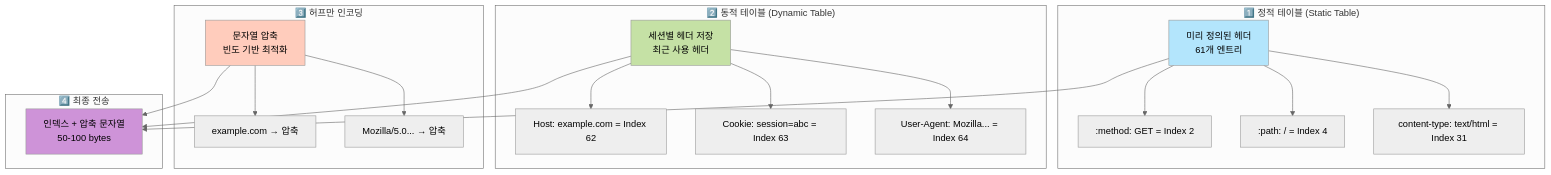
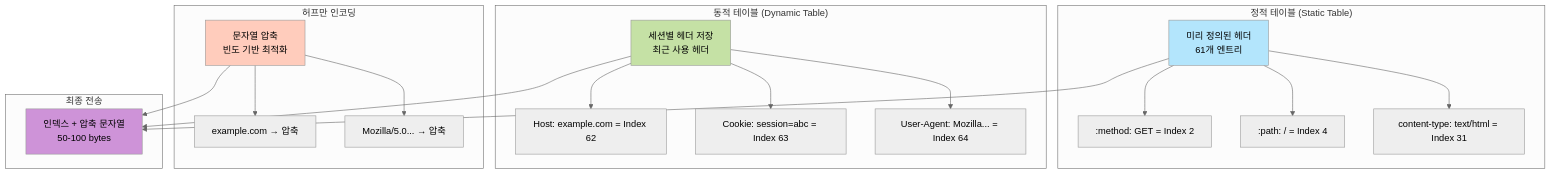
One commit to GYUTORY/YGSTUDY changed the third of 5 diagrams in Develop/Network/7 Layer/Application Layer/Http/Http와 Http 2.0.md. Above: the diagram before and after it, drawn with Mermaid (neutral theme). The commit also changed other lines of this file, not shown here.

````diff
--- a/Develop/Network/7 Layer/Application Layer/Http/Http와 Http 2.0.md
+++ b/Develop/Network/7 Layer/Application Layer/Http/Http와 Http 2.0.md
@@ -469,46 +336,46 @@
 ```mermaid
 graph TB
-    subgraph "1️⃣ 정적 테이블 (Static Table)"
+    subgraph "정적 테이블 (Static Table)"
         ST[미리 정의된 헤더<br/>61개 엔트리]
         ST1[":method: GET = Index 2"]
         ST2[":path: / = Index 4"]
         ST3["content-type: text/html = Index 31"]
         
         ST --> ST1
         ST --> ST2
         ST --> ST3
     end
     
-    subgraph "2️⃣ 동적 테이블 (Dynamic Table)"
+    subgraph "동적 테이블 (Dynamic Table)"
         DT[세션별 헤더 저장<br/>최근 사용 헤더]
         DT1["Host: example.com = Index 62"]
         DT2["Cookie: session=abc = Index 63"]
         DT3["User-Agent: Mozilla... = Index 64"]
         
         DT --> DT1
         DT --> DT2
         DT --> DT3
     end
     
-    subgraph "3️⃣ 허프만 인코딩"
+    subgraph "허프만 인코딩"
         HF[문자열 압축<br/>빈도 기반 최적화]
         HF1["example.com → 압축"]
         HF2["Mozilla/5.0... → 압축"]
         
         HF --> HF1
         HF --> HF2
     end
     
-    subgraph "4️⃣ 최종 전송"
+    subgraph "최종 전송"
         FINAL[인덱스 + 압축 문자열<br/>50-100 bytes]
     end
     
     ST --> FINAL
     DT --> FINAL
     HF --> FINAL
     
     style ST fill:#b3e5fc
     style DT fill:#c5e1a5
     style HF fill:#ffccbc
     style FINAL fill:#ce93d8
 ```
````
